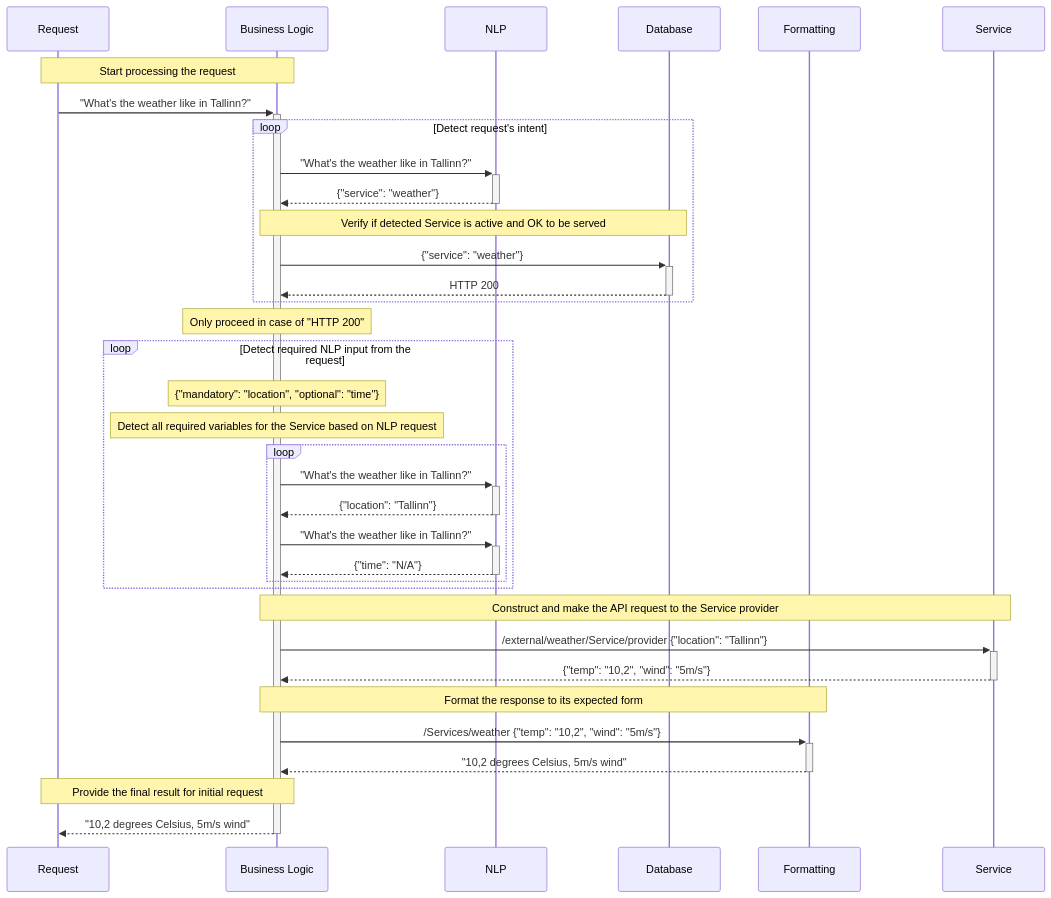
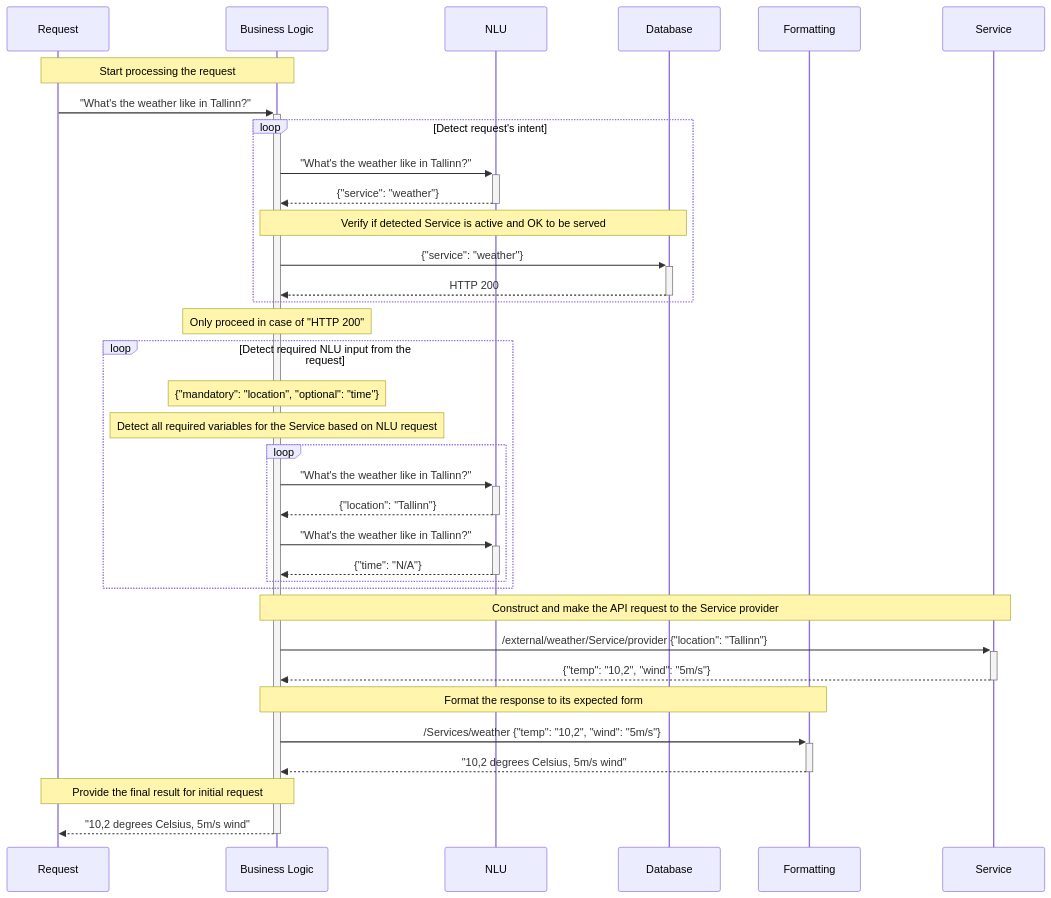
One commit to buerokratt/Architecture changed the diagram in docs/chat/initiate-service.md. Above: the diagram before and after it, drawn with Mermaid.

Commit message:
NLP -> NLU

````diff
--- a/docs/chat/initiate-service.md
+++ b/docs/chat/initiate-service.md
@@ -5,49 +5,49 @@
 ```mermaid
 sequenceDiagram
 
 participant Request
 participant Ruuter as Business Logic
-participant NLP
+participant NLU
 participant Database
 participant Formatting
 participant Service
 
 note over Request, Ruuter: Start processing the request
 Request ->>+ Ruuter: "What's the weather like in Tallinn?"
     loop Detect request's intent
-        Ruuter ->>+ NLP: "What's the weather like in Tallinn?"
-        NLP -->>- Ruuter: {"service": "weather"}
+        Ruuter ->>+ NLU: "What's the weather like in Tallinn?"
+        NLU -->>- Ruuter: {"service": "weather"}
 
         note over Ruuter, Database: Verify if detected Service is active and OK to be served
 
         Ruuter ->>+ Database: {"service": "weather"}
         Database -->>- Ruuter: HTTP 200
     end
 
     note over Ruuter: Only proceed in case of "HTTP 200"
 
-    loop Detect required NLP input from the request
+    loop Detect required NLU input from the request
         note over Ruuter: {"mandatory": "location", "optional": "time"}
         
-        note over Ruuter: Detect all required variables for the Service based on NLP request
+        note over Ruuter: Detect all required variables for the Service based on NLU request
 
         loop 
-            Ruuter ->>+ NLP: "What's the weather like in Tallinn?"
-            NLP -->>- Ruuter: {"location": "Tallinn"}
+            Ruuter ->>+ NLU: "What's the weather like in Tallinn?"
+            NLU -->>- Ruuter: {"location": "Tallinn"}
 
-            Ruuter ->>+ NLP: "What's the weather like in Tallinn?"
-            NLP -->>- Ruuter: {"time": "N/A"}
+            Ruuter ->>+ NLU: "What's the weather like in Tallinn?"
+            NLU -->>- Ruuter: {"time": "N/A"}
         end
     end
 
     note over Ruuter, Service: Construct and make the API request to the Service provider
     Ruuter ->>+ Service: /external/weather/Service/provider {"location": "Tallinn"}
     Service -->>- Ruuter: {"temp": "10,2", "wind": "5m/s"}
 
     note over Ruuter, Formatting: Format the response to its expected form
     Ruuter ->>+ Formatting: /Services/weather {"temp": "10,2", "wind": "5m/s"}
     Formatting -->>- Ruuter: "10,2 degrees Celsius, 5m/s wind"
 
     note over Ruuter, Request: Provide the final result for initial request
 Ruuter -->>- Request: "10,2 degrees Celsius, 5m/s wind"
 ```
````
